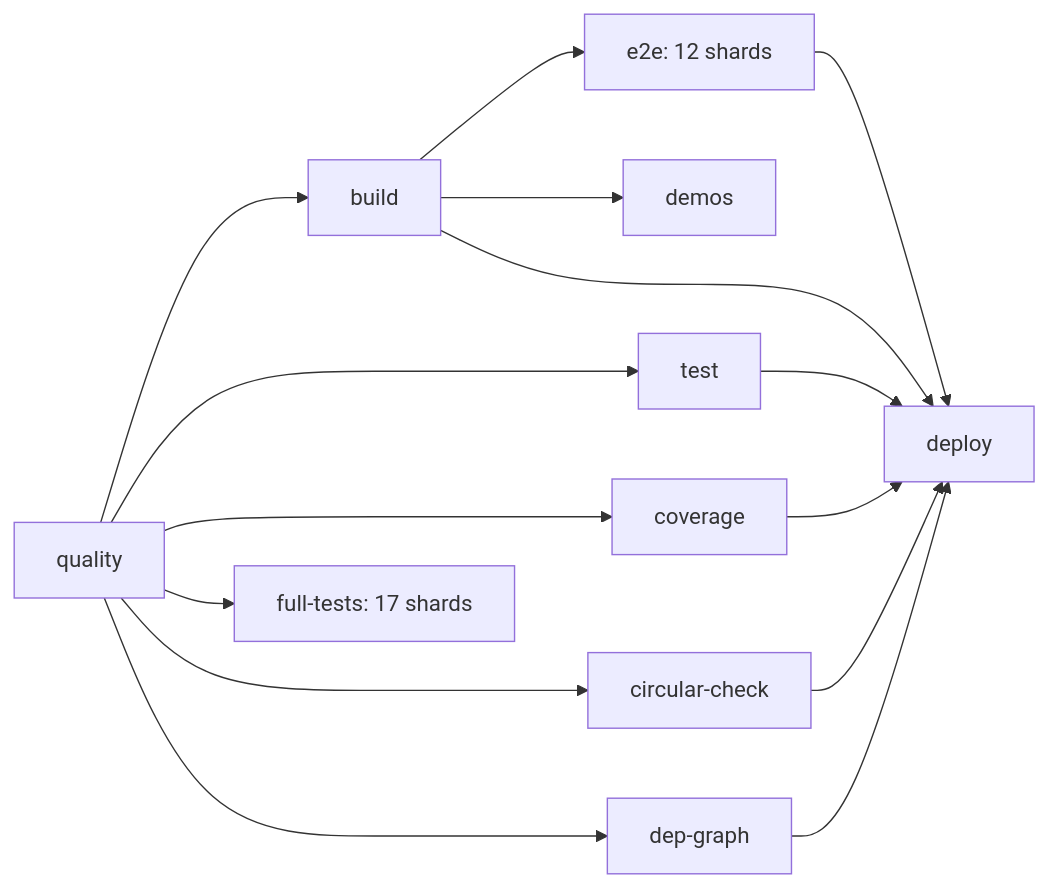
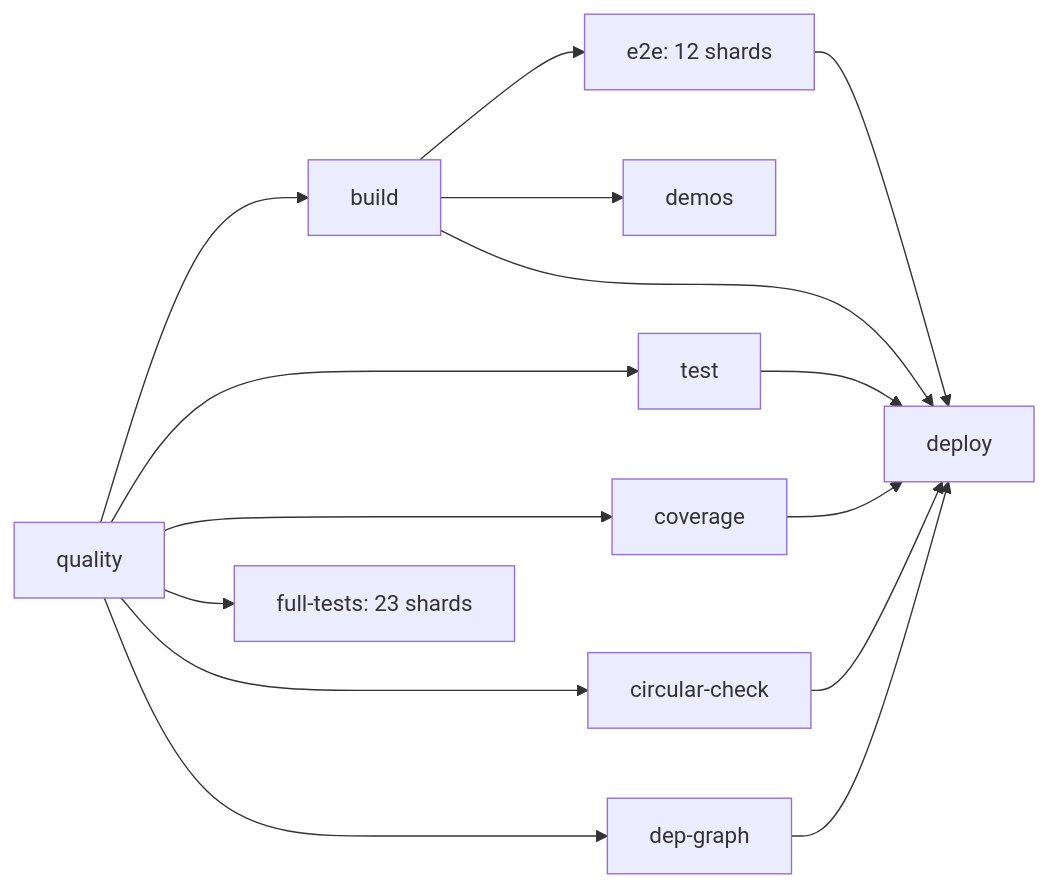
Before and after one commit to egilyad/ai-os-new: the diagram in docs/wiki/ci-architecture.md, drawn with Mermaid. The commit also changed other lines of this file and 7 other files, not shown here.

````diff
--- a/docs/wiki/ci-architecture.md
+++ b/docs/wiki/ci-architecture.md
@@ -38,17 +38,17 @@
 ```mermaid
 flowchart LR
     Q[quality] --> B[build]
     Q --> T[test]
     Q --> C[coverage]
-    Q --> F[full-tests: 17 shards]
+    Q --> F[full-tests: 23 shards]
     B --> E[e2e: 12 shards]
     B --> D[demos]
     Q --> CC[circular-check]
     Q --> DG[dep-graph]
     B --> DEP[deploy]
     T --> DEP
     C --> DEP
     E --> DEP
     CC --> DEP
     DG --> DEP
 ```
````
